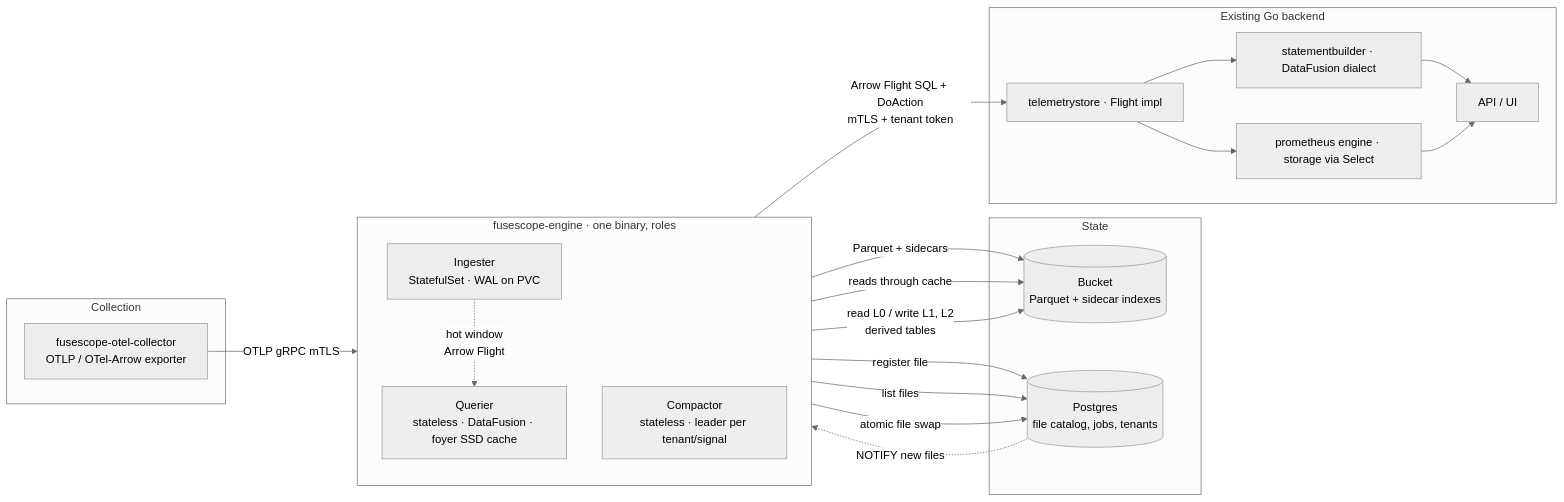
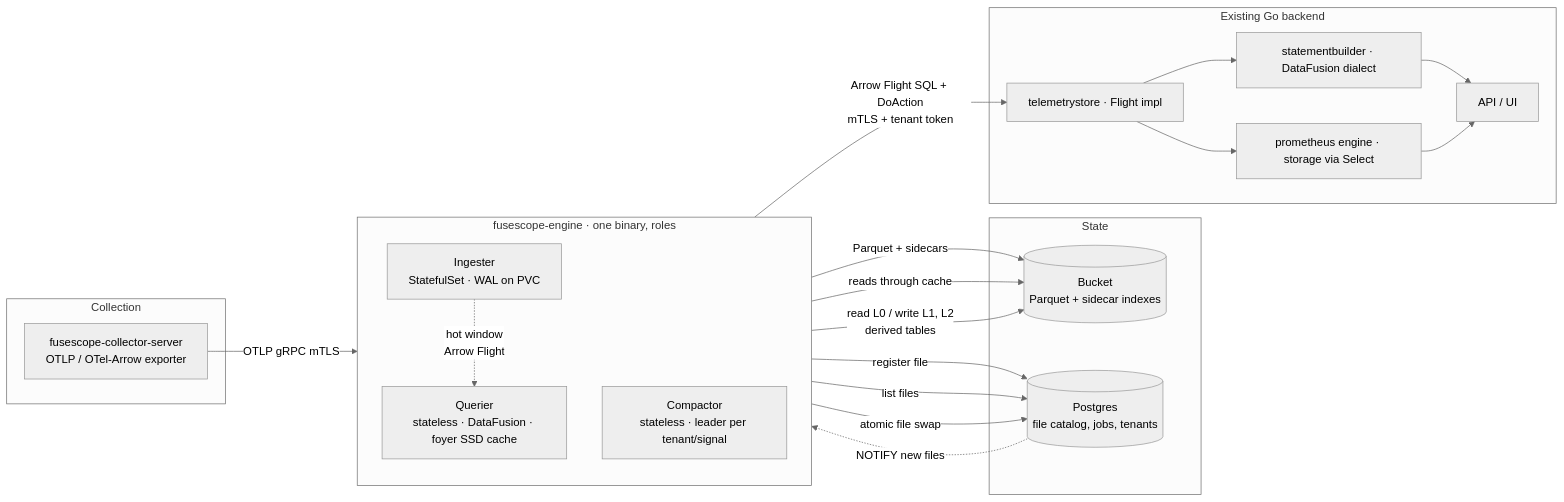
The diagram in DESIGN.md (fuseone-io/fusescope-engine), drawn with Mermaid (neutral theme) before and after one commit. The commit also changed other lines of this file and 3 other files, not shown here.

First line of the commit message:
docs: build on fusescope-collector-server

````diff
--- a/DESIGN.md
+++ b/DESIGN.md
@@ -29,40 +29,40 @@
 ```mermaid
 flowchart LR
     subgraph edge[Collection]
-        COL[fusescope-otel-collector<br/>OTLP / OTel-Arrow exporter]
+        COL[fusescope-collector-server<br/>OTLP / OTel-Arrow exporter]
     end
 
     subgraph engine[fusescope-engine · one binary, roles]
         direction TB
         ING[Ingester<br/>StatefulSet · WAL on PVC]
         QRY[Querier<br/>stateless · DataFusion · foyer SSD cache]
         CMP[Compactor<br/>stateless · leader per tenant/signal]
     end
 
     subgraph storage[State]
         BKT[(Bucket<br/>Parquet + sidecar indexes)]
         PG[(Postgres<br/>file catalog, jobs, tenants)]
     end
 
     subgraph backend[Existing Go backend]
         TS[telemetrystore · Flight impl]
         SB[statementbuilder · DataFusion dialect]
         PROM[prometheus engine · storage via Select]
         API[API / UI]
     end
 
     COL -- OTLP gRPC mTLS --> ING
     ING -- Parquet + sidecars --> BKT
     ING -- register file --> PG
     ING -. hot window<br/>Arrow Flight .-> QRY
     QRY -- reads through cache --> BKT
     QRY -- list files --> PG
     CMP -- read L0 / write L1, L2<br/>derived tables --> BKT
     CMP -- atomic file swap --> PG
     PG -. NOTIFY new files .-> QRY
     QRY -- Arrow Flight SQL + DoAction<br/>mTLS + tenant token --> TS
     TS --> SB
     TS --> PROM
     SB --> API
     PROM --> API
 ```
````
